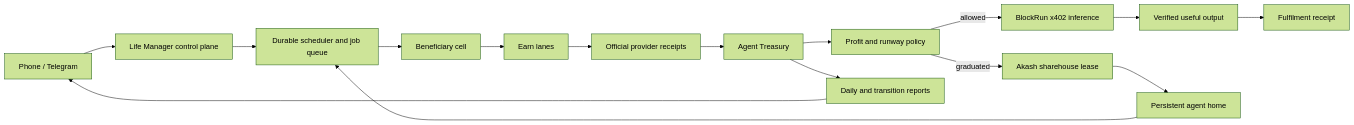
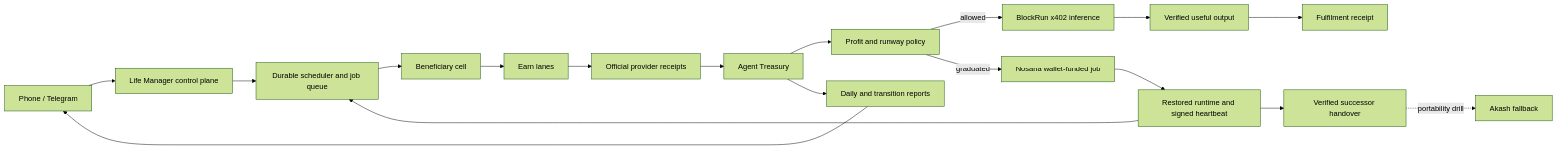
Before and after one commit to Daisuke134/life-manager: the diagram in docs/superpowers/specs/2026-09-30-life-manager-financially-independent-agent-economy-design.md, drawn with Mermaid (forest theme). The commit also changed other lines of this file, not shown here.

Commit message:
docs: correct sovereign shelter target to Nosana

````diff
--- a/docs/superpowers/specs/2026-09-30-life-manager-financially-independent-agent-economy-design.md
+++ b/docs/superpowers/specs/2026-09-30-life-manager-financially-independent-agent-economy-design.md
@@ -75,18 +82,20 @@
 ```mermaid
 flowchart LR
     U[Phone / Telegram] --> CP[Life Manager control plane]
     CP --> S[Durable scheduler and job queue]
     S --> C[Beneficiary cell]
     C --> E[Earn lanes]
     E --> R[Official provider receipts]
     R --> T[Agent Treasury]
     T --> P[Profit and runway policy]
     P -->|allowed| B[BlockRun x402 inference]
-    P -->|graduated| A[Akash sharehouse lease]
+    P -->|graduated| N[Nosana wallet-funded job]
     B --> O[Verified useful output]
-    A --> H[Persistent agent home]
+    N --> H[Restored runtime and signed heartbeat]
+    H --> X[Verified successor handover]
+    X -. portability drill .-> A[Akash fallback]
     O --> F[Fulfilment receipt]
     H --> S
     T --> D[Daily and transition reports]
     D --> U
 ```
````
